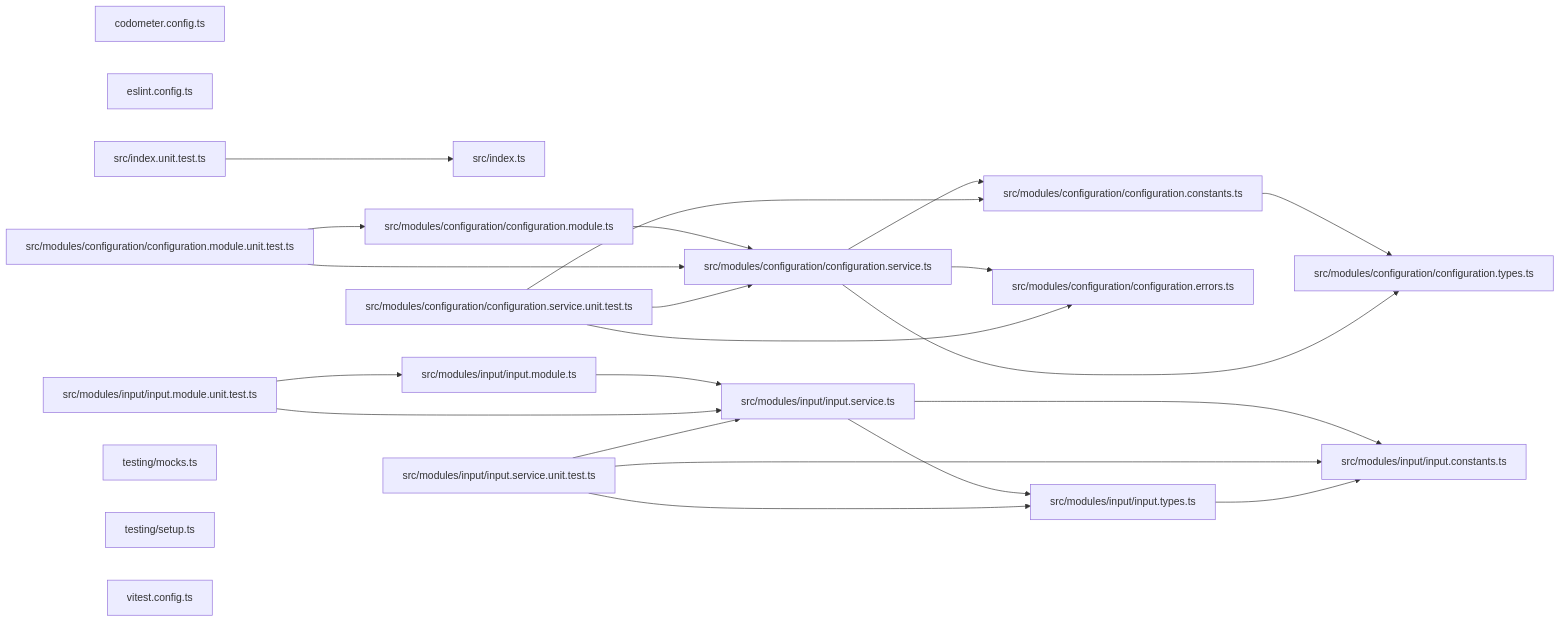
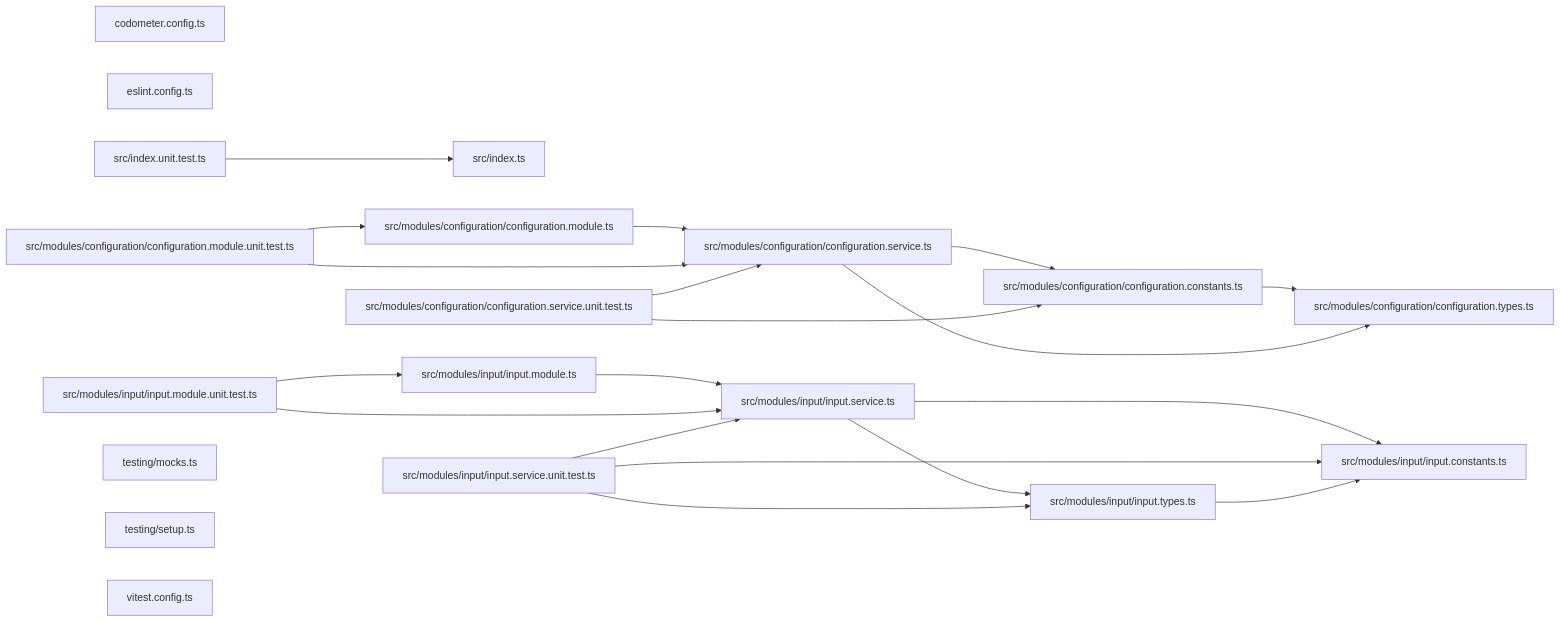
The third of 3 diagrams in packages/codependix-configuration/README.md (JimmyPaolini/codebase), drawn with Mermaid before and after one commit. The commit also changed other lines of this file and 1 other file, not shown here.

````diff
--- a/packages/codependix-configuration/README.md
+++ b/packages/codependix-configuration/README.md
@@ -39,43 +39,40 @@
 ```mermaid
 graph LR
   file_codometer_config_ts["codometer.config.ts"]
   file_eslint_config_ts["eslint.config.ts"]
   file_src_index_ts["src/index.ts"]
   file_src_index_unit_test_ts["src/index.unit.test.ts"]
   file_src_modules_configuration_configuration_constants_ts["src/modules/configuration/configuration.constants.ts"]
-  file_src_modules_configuration_configuration_errors_ts["src/modules/configuration/configuration.errors.ts"]
   file_src_modules_configuration_configuration_module_ts["src/modules/configuration/configuration.module.ts"]
   file_src_modules_configuration_configuration_module_unit_test_ts["src/modules/configuration/configuration.module.unit.test.ts"]
   file_src_modules_configuration_configuration_service_ts["src/modules/configuration/configuration.service.ts"]
   file_src_modules_configuration_configuration_service_unit_test_ts["src/modules/configuration/configuration.service.unit.test.ts"]
   file_src_modules_configuration_configuration_types_ts["src/modules/configuration/configuration.types.ts"]
   file_src_modules_input_input_constants_ts["src/modules/input/input.constants.ts"]
   file_src_modules_input_input_module_ts["src/modules/input/input.module.ts"]
   file_src_modules_input_input_module_unit_test_ts["src/modules/input/input.module.unit.test.ts"]
   file_src_modules_input_input_service_ts["src/modules/input/input.service.ts"]
   file_src_modules_input_input_service_unit_test_ts["src/modules/input/input.service.unit.test.ts"]
   file_src_modules_input_input_types_ts["src/modules/input/input.types.ts"]
   file_testing_mocks_ts["testing/mocks.ts"]
   file_testing_setup_ts["testing/setup.ts"]
   file_vitest_config_ts["vitest.config.ts"]
   file_src_index_unit_test_ts --> file_src_index_ts
   file_src_modules_configuration_configuration_constants_ts --> file_src_modules_configuration_configuration_types_ts
   file_src_modules_configuration_configuration_module_ts --> file_src_modules_configuration_configuration_service_ts
   file_src_modules_configuration_configuration_module_unit_test_ts --> file_src_modules_configuration_configuration_module_ts
   file_src_modules_configuration_configuration_module_unit_test_ts --> file_src_modules_configuration_configuration_service_ts
   file_src_modules_configuration_configuration_service_ts --> file_src_modules_configuration_configuration_constants_ts
-  file_src_modules_configuration_configuration_service_ts --> file_src_modules_configuration_configuration_errors_ts
   file_src_modules_configuration_configuration_service_ts --> file_src_modules_configuration_configuration_types_ts
   file_src_modules_configuration_configuration_service_unit_test_ts --> file_src_modules_configuration_configuration_constants_ts
-  file_src_modules_configuration_configuration_service_unit_test_ts --> file_src_modules_configuration_configuration_errors_ts
   file_src_modules_configuration_configuration_service_unit_test_ts --> file_src_modules_configuration_configuration_service_ts
   file_src_modules_input_input_module_ts --> file_src_modules_input_input_service_ts
   file_src_modules_input_input_module_unit_test_ts --> file_src_modules_input_input_module_ts
   file_src_modules_input_input_module_unit_test_ts --> file_src_modules_input_input_service_ts
   file_src_modules_input_input_service_ts --> file_src_modules_input_input_constants_ts
   file_src_modules_input_input_service_ts --> file_src_modules_input_input_types_ts
   file_src_modules_input_input_service_unit_test_ts --> file_src_modules_input_input_constants_ts
   file_src_modules_input_input_service_unit_test_ts --> file_src_modules_input_input_service_ts
   file_src_modules_input_input_service_unit_test_ts --> file_src_modules_input_input_types_ts
   file_src_modules_input_input_types_ts --> file_src_modules_input_input_constants_ts
 ```
````
